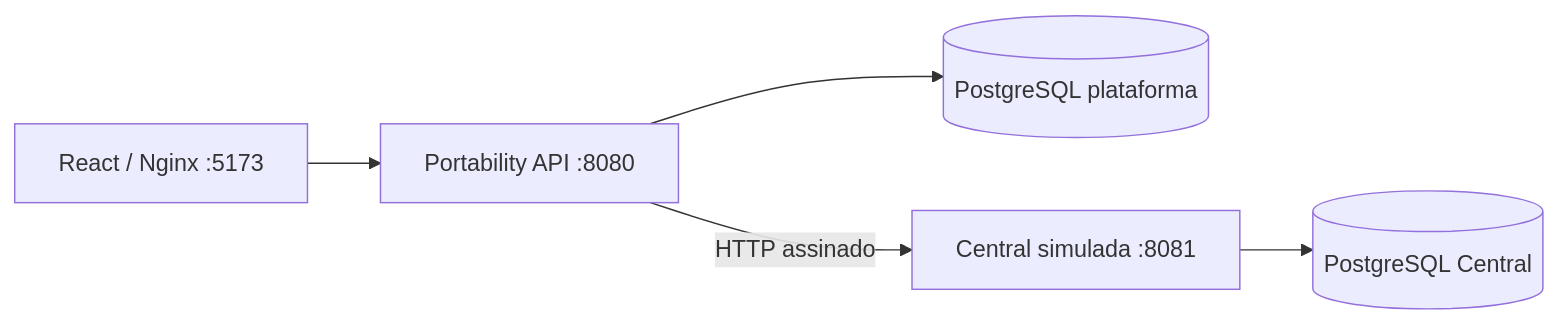
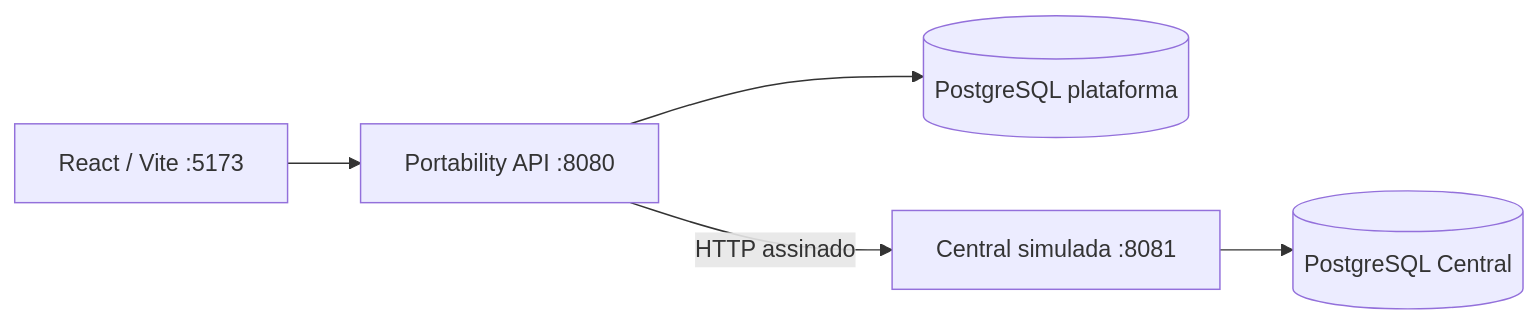
The diagram in docs/architecture/system-design.md (mrdouglasmorais/Payroll-Portability-Platform---Case), drawn with Mermaid before and after one commit. The commit also changed other lines of this file and 27 other files, not shown here.

````diff
--- a/docs/architecture/system-design.md
+++ b/docs/architecture/system-design.md
@@ -71,7 +71,7 @@
 ```mermaid
 flowchart LR
-  Web["React / Nginx :5173"] --> Api["Portability API :8080"]
+  Web["React / Vite :5173"] --> Api["Portability API :8080"]
   Api --> PlatformDb[(PostgreSQL plataforma)]
   Api -->|HTTP assinado| Central["Central simulada :8081"]
   Central --> CentralDb[(PostgreSQL Central)]
 ```
````
